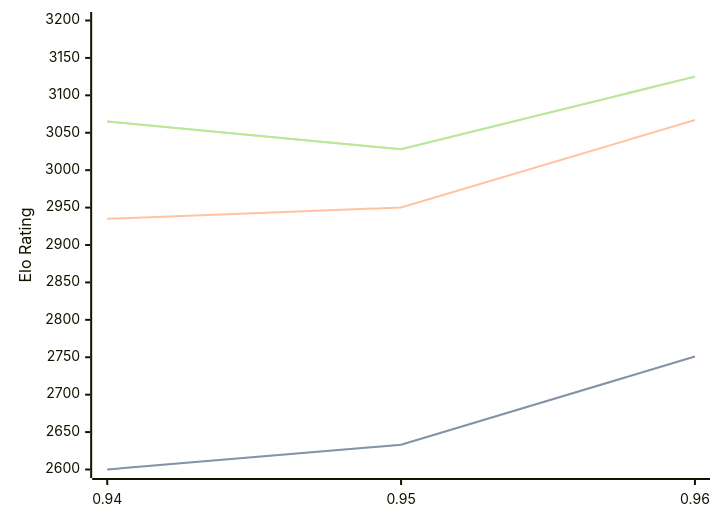
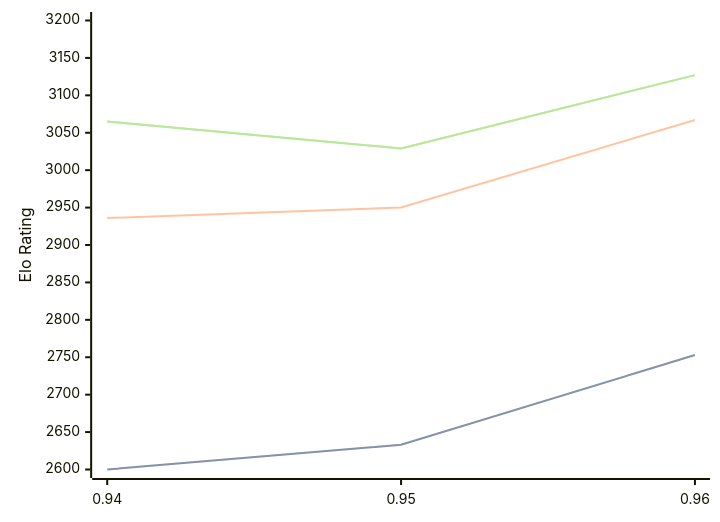
The diagram in engines/Myrddin.md (computer-chess-index/cci), drawn with Mermaid before and after one commit. The commit also changed other lines of this file, not shown here.

Commit message:
Update CCI Ratings (ELO VLTC) - 2026-10-02

````diff
--- a/engines/Myrddin.md
+++ b/engines/Myrddin.md
@@ -33,11 +33,11 @@
 ```mermaid
 %%{init: {"theme":"base","themeVariables":{"seriesColors:['#a3a3a3','#222221','#faa371']}}}%%
 xychart-beta
   x-axis ["0.94", "0.95", "0.96"]
   y-axis "Elo Rating" 2600 --> 3200
-  line "" [2600, 2633, 2751]
-  line "STC (8.0+0.08s)" [2600, 2633, 2751]
-  line "LTC (60.0+0.60s)" [2935, 2950, 3067]
-  line "" [3065, 3028, 3125]
-  line "VLTC (2m24s+1.12s)" [3065, 3028, 3125]
+  line "" [2600, 2633, 2753]
+  line "STC (8.0+0.08s)" [2600, 2633, 2753]
+  line "LTC (60.0+0.60s)" [2936, 2950, 3067]
+  line "" [3065, 3029, 3127]
+  line "VLTC (2m24s+1.12s)" [3065, 3029, 3127]
 ```
````
